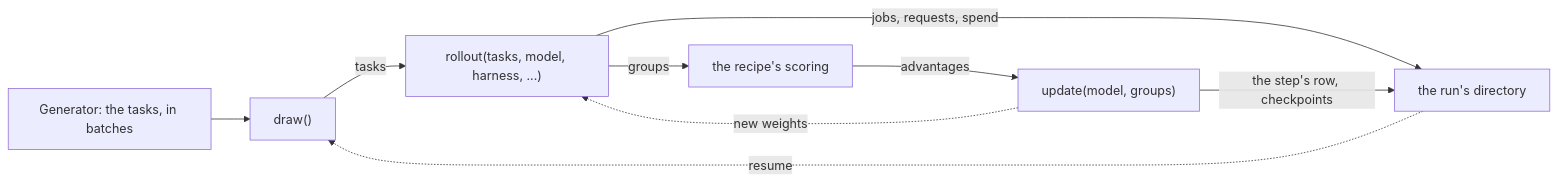
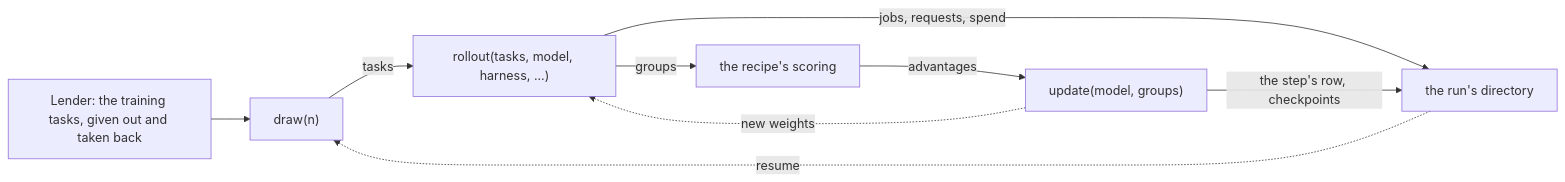
Before and after one commit to ghidav/shipyard: the diagram in src/shipyard/run/README.md, drawn with Mermaid. The commit also changed other lines of this file and 13 other files, not shown here.

First line of the commit message:
A lender: draw, put back and retire tasks, each out until its group completes

````diff
--- a/src/shipyard/run/README.md
+++ b/src/shipyard/run/README.md
@@ -5,11 +5,11 @@
 ```mermaid
 flowchart LR
-    data["Generator: the tasks, in batches"] --> draw["draw()"]
+    data["Lender: the training tasks, given out and taken back"] --> draw["draw(n)"]
     draw -->|tasks| rollout["rollout(tasks, model, harness, ...)"]
     rollout -->|groups| score["the recipe's scoring"]
     score -->|advantages| update["update(model, groups)"]
     update -.->|new weights| rollout
     rollout -->|"jobs, requests, spend"| dir["the run's directory"]
     update -->|"the step's row, checkpoints"| dir
     dir -.->|resume| draw
 ```
````
